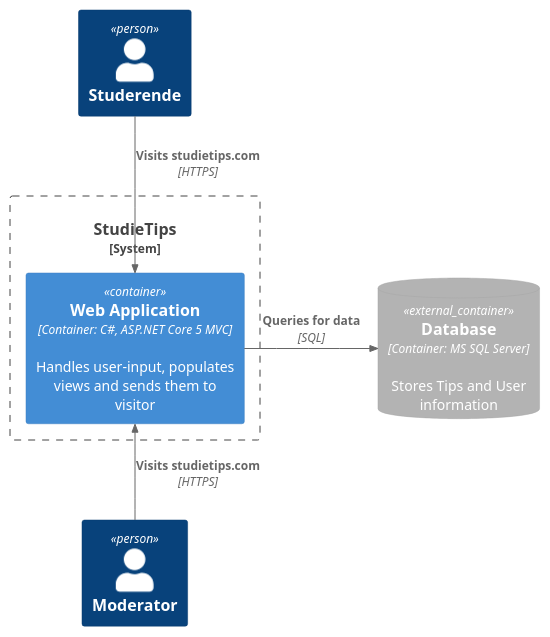
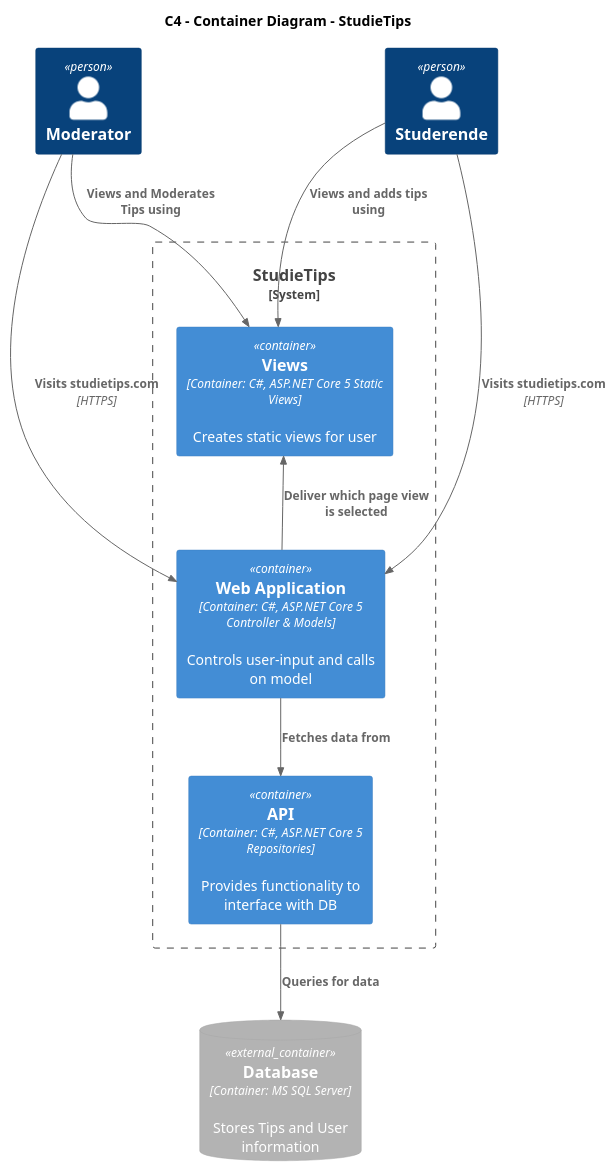
The diagram in C4/C4-Level2/container.puml (I4PRJ4/I4PRJ4-plantuml), drawn with PlantUML before and after one commit. The commit also changed 24 other files, not shown here.

Commit message:
New Architecture images and overwrote old files

```diff
--- a/C4/C4-Level2/container.puml
+++ b/C4/C4-Level2/container.puml
@@ -1,26 +1,40 @@
 @startuml Container Diagram
 !include <C4/C4_Container>
 
-'skinparam linetype ortho
+'skinparam linetype polyline
 
 'left to right direction
+title C4 - Container Diagram - StudieTips
 
+
+Person(Moderator, "Moderator")
 Person(User, "Studerende")
-Person(Moderator, "Moderator")
 
 System_Boundary(c1, "StudieTips") {
-    Container(web_app, "Web Application", "Container: C#, ASP.NET Core 5 MVC", "Handles user-input, populates views and sends them to visitor")
+    Container(Views, "Views", "Container: C#, ASP.NET Core 5 Static Views", "Creates static views for user")
+    Container(WebApplication, "Web Application", "Container: C#, ASP.NET Core 5 Controller & Models", "Controls user-input and calls on model")
+    Container(API, "API", "Container: C#, ASP.NET Core 5 Repositories", "Provides functionality to interface with DB")
 }
 ContainerDb_Ext(Database, "Database","Container: MS SQL Server","Stores Tips and User information")
 
-'User -[Hidden]- Moderator
-'Moderator -[hidden]left- web_app
+Lay_D(User,c1)
+Lay_D(Moderator,c1)
+Lay_R(Views,WebApplication)
+'Lay_D(Moderator,WebApplication)
 
-Rel_D(User,web_app, "Visits studietips.com", "HTTPS")
-Rel_U(Moderator, web_app, "Visits studietips.com", "HTTPS")
+Rel(User,Views, "Views and adds tips using")
+Rel(Moderator, Views, "Views and Moderates Tips using")
 
 
-Rel_R(web_app, Database, "Queries for data", "SQL")
+Rel(User,WebApplication, "Visits studietips.com", "HTTPS")
+Rel(Moderator, WebApplication, "Visits studietips.com", "HTTPS")
+
+Rel(WebApplication,Views, "Deliver which page view is selected")
+
+Rel(WebApplication,API, "Fetches data from")
+
+Rel(API,Database, "Queries for data")
+
 
 
 @enduml
```
